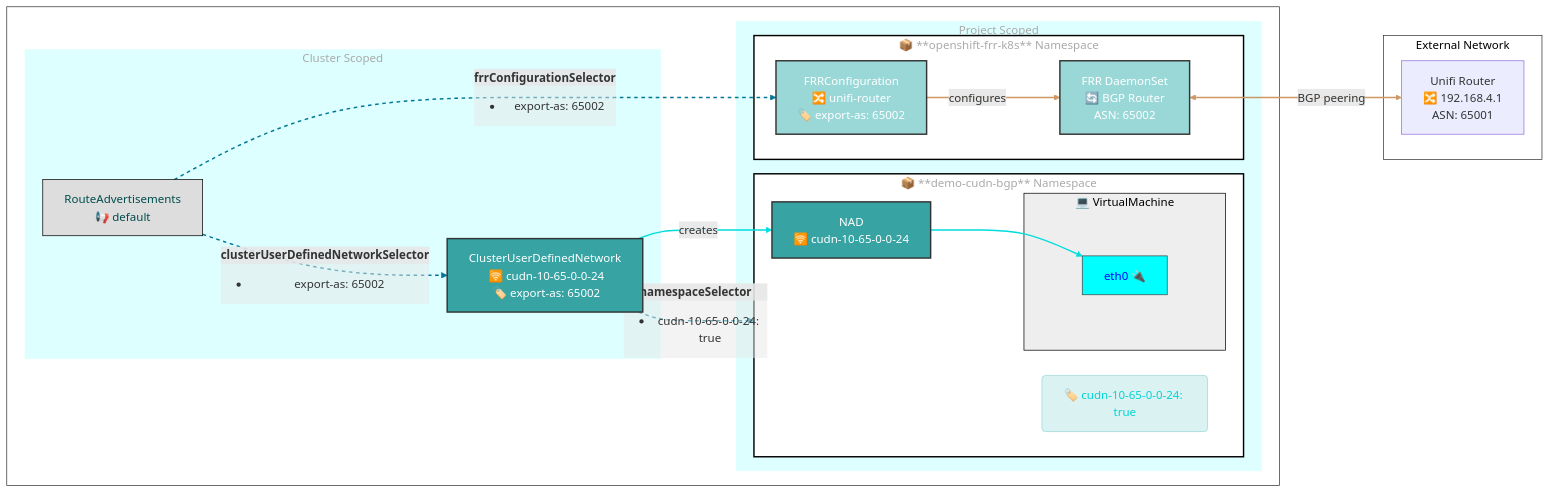
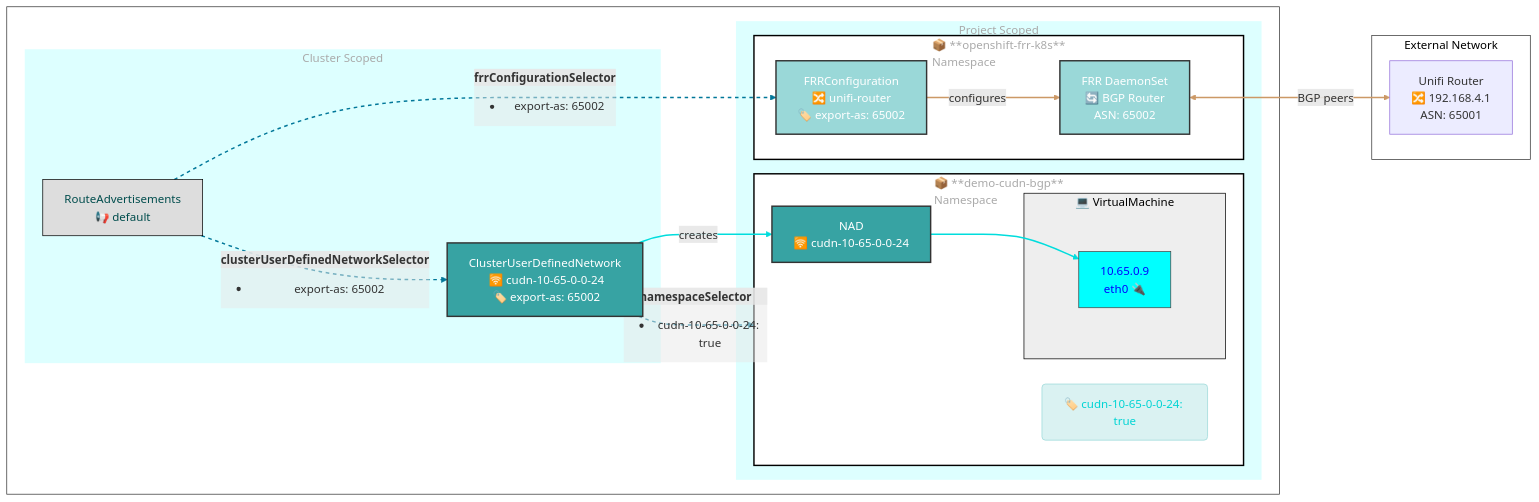
The first of 2 diagrams in demo/bgp/README.md (dlbewley/demo-rhone-26), drawn with Mermaid before and after one commit. The commit also changed other lines of this file, not shown here.

First line of the commit message:
Revise BGP demo README for clarity and completeness

````diff
--- a/demo/bgp/README.md
+++ b/demo/bgp/README.md
@@ -183,79 +183,79 @@
 ```mermaid
 graph LR;
     subgraph OpenShift[" "]
       subgraph Cluster["Cluster Scoped"]
               ra-default["RouteAdvertisements<br> 📢 default"]
               cudn-1065["ClusterUserDefinedNetwork<br> 🛜 cudn-10-65-0-0-24<br> 🏷️ export-as: 65002"]
       end
 
       subgraph Project["Project Scoped"]
-          subgraph ns-bgp["📦 **demo-cudn-bgp** Namespace"]
+          subgraph ns-bgp["📦 **demo-cudn-bgp**<br>Namespace"]
               label-ns("🏷️ cudn-10-65-0-0-24: true"):::labels
               nad-bgp[NAD<br> 🛜 cudn-10-65-0-0-24]
               subgraph vm-bgp["💻 VirtualMachine"]
-                  vm-eth0[eth0 🔌]
+                  vm-eth0[10.65.0.9<br>eth0 🔌]
               end
           end
-          subgraph ns-frr["📦 **openshift-frr-k8s** Namespace"]
+          subgraph ns-frr["📦 **openshift-frr-k8s**<br>Namespace"]
               frr-unifi["FRRConfiguration<br> 🔀 unifi-router<br> 🏷️ export-as: 65002"]
               frr-ds["FRR DaemonSet<br> 🔄 BGP Router<br>ASN: 65002"]
           end
       end
     end
 
     subgraph External["External Network"]
         unifi-router["Unifi Router<br>🔀 192.168.4.1<br>ASN: 65001"]
     end
 
 
     ra-default -.<b>frrConfigurationSelector</b><ul><li>export-as: 65002</li></ul>.-> frr-unifi
     ra-default -.<b>clusterUserDefinedNetworkSelector</b><ul><li>export-as: 65002</li></ul>.-> cudn-1065
 
     frr-unifi --configures--> frr-ds
-    frr-ds <-->|BGP peering| unifi-router
+    frr-ds <-->|BGP peers| unifi-router
 
     linkStyle 0,1 stroke:#007799,stroke-width:2px,stroke-dasharray: 5 5;
     linkStyle 2,3 stroke:#c96,stroke-width:2px;
 
     cudn-1065 -.<b>namespaceSelector</b><ul><li>cudn-10-65-0-0-24: true</li></ul>..-> ns-bgp
 
     linkStyle 4 stroke:#007799,stroke-width:2px,stroke-dasharray: 5 5;
 
     cudn-1065 --creates--> nad-bgp
 
     linkStyle 5 stroke:#00dddd,stroke-width:2px;
 
     nad-bgp --> vm-eth0
 
     linkStyle 6 stroke:#00dddd,stroke-width:2px;
 
     classDef cudn fill:#37A3A3,color:#fff,stroke:#333,stroke-width:2px
     class nad-bgp,cudn-1065 cudn
 
     classDef frr fill:#9ad8d8,color:#fff,stroke:#333,stroke-width:2px
     class frr-unifi,frr-ds frr
 
     classDef external fill:#e8d4a0,color:#333,stroke:#333,stroke-width:2px
     class external external
 
     classDef ra fill:#daf2f2,color:#004d4d,stroke:#333,stroke-width:2px
     class ra-default ra
 
     classDef labels stroke-width:1px,stroke:#9ad8d8,color:#00d4d4,fill:#daf2f2
     class label-ns labels
 
     classDef vm-eth fill:#00ffff,color:#00f,stroke:#444,stroke-width:1px
     class vm-eth0 vm-eth
 
     style ra-default fill:#ddd,stroke:#000,stroke-width:1px
     style External color:#000,fill:#fff,stroke:#333,stroke-width:1px
     style OpenShift color:#000,fill:#fff,stroke:#333,stroke-width:1px
     style Cluster color:#aaa,fill:#dff,stroke:#333,stroke-width:0px
     style Project color:#aaa,fill:#dff,stroke:#333,stroke-width:0px
 
     classDef namespace color:#aaa,fill:#fff,stroke:#000,stroke-width:2px
     class ns-bgp,ns-frr namespace
 
     classDef vm color:#000,fill:#eee,stroke:#000,stroke-width:1px
     class vm-bgp vm
 ```
````
